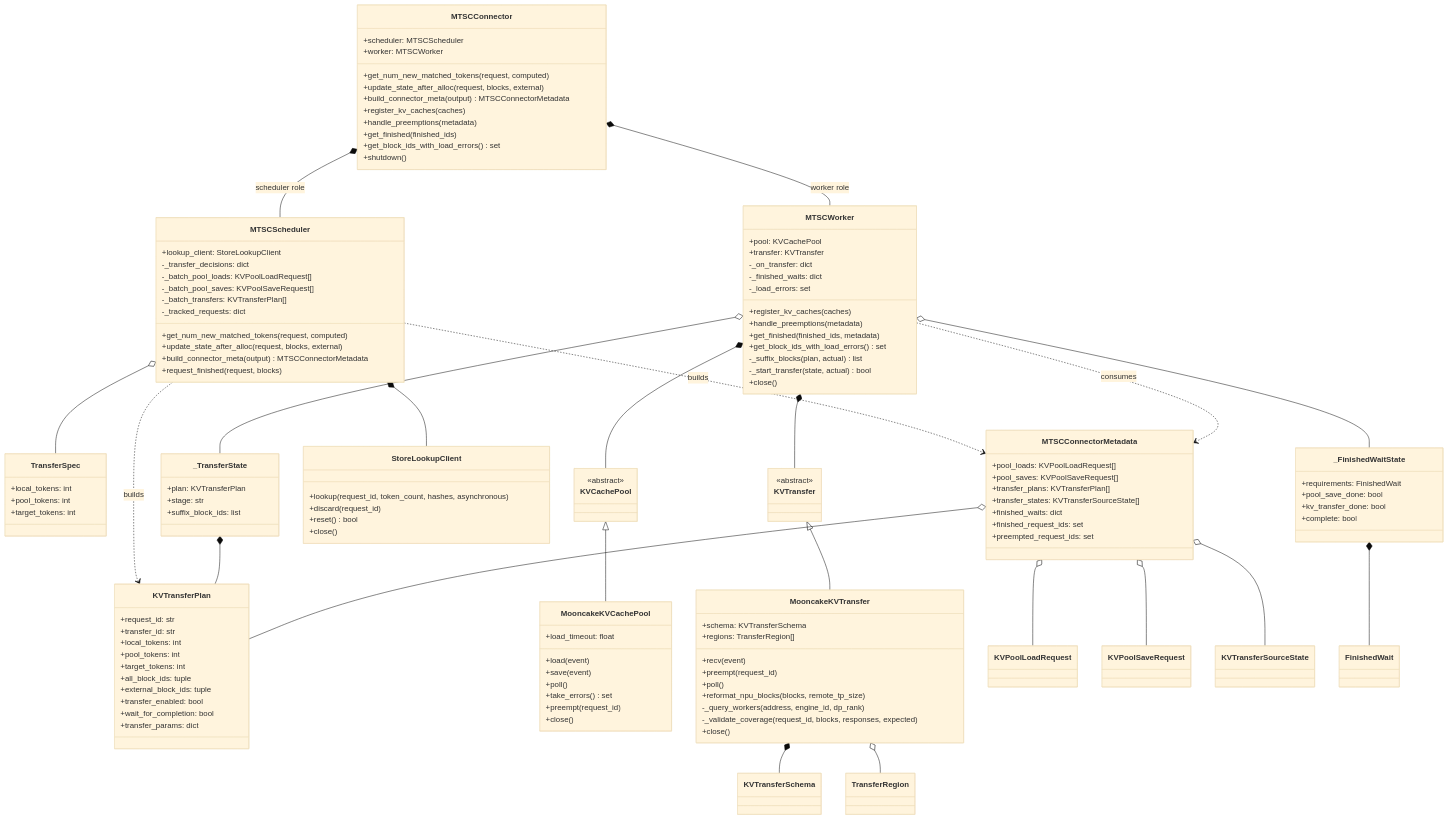
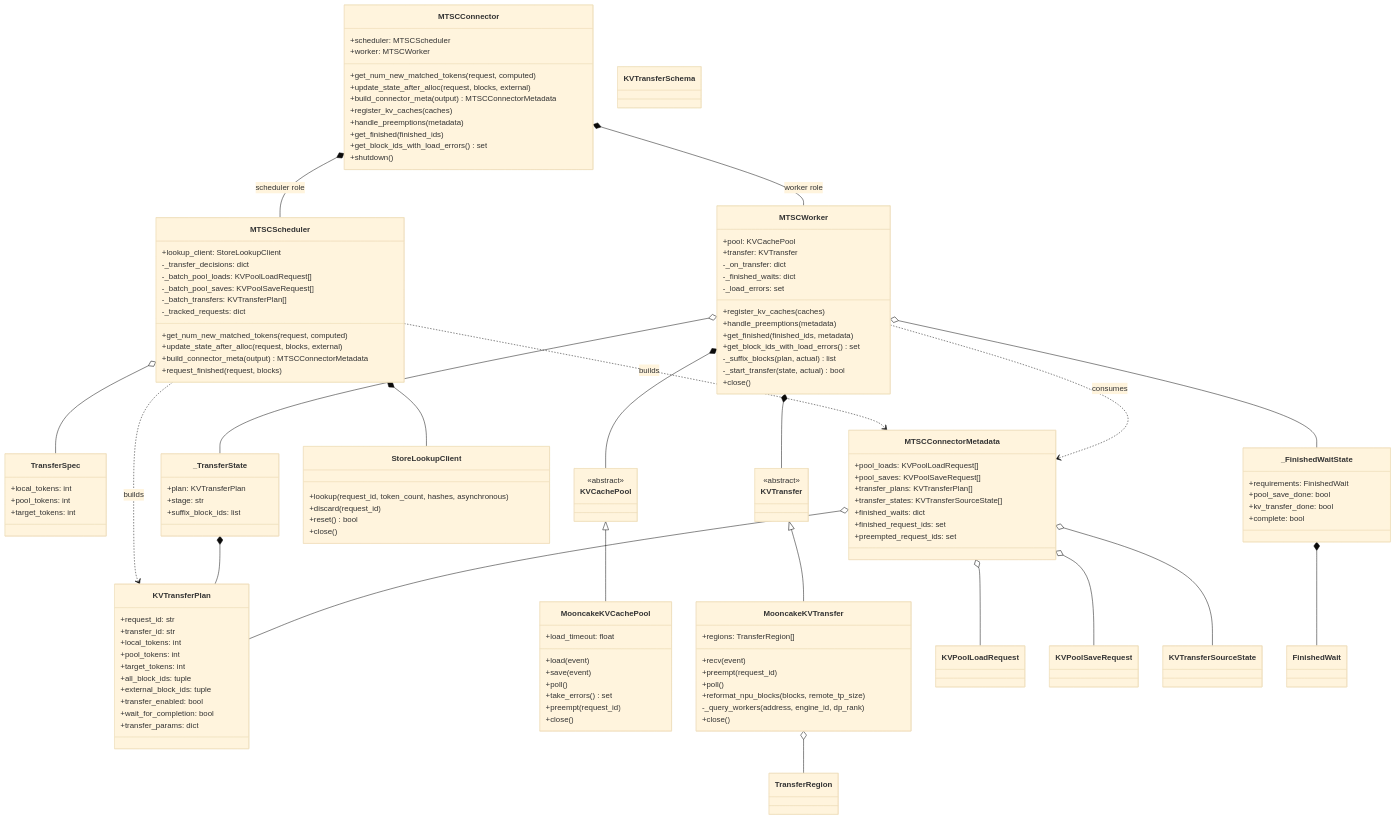
The second of 6 diagrams in docs/design/S03-decode设计.md (WangSu-X/MTSC), drawn with Mermaid (base theme) before and after one commit. The commit also changed other lines of this file and 23 other files, not shown here.

````diff
--- a/docs/design/S03-decode设计.md
+++ b/docs/design/S03-decode设计.md
@@ -220,14 +224,12 @@
         +close()
     }
     class MooncakeKVTransfer {
-        +schema: KVTransferSchema
         +regions: TransferRegion[]
         +recv(event)
         +preempt(request_id)
         +poll()
         +reformat_npu_blocks(blocks, remote_tp_size)
         -_query_workers(address, engine_id, dp_rank)
-        -_validate_coverage(request_id, blocks, responses, expected)
         +close()
     }
     class MTSCConnectorMetadata {
@@ -271,6 +273,5 @@
     MTSCConnectorMetadata o-- KVPoolSaveRequest
     MTSCConnectorMetadata o-- KVTransferPlan
     MTSCConnectorMetadata o-- KVTransferSourceState
-    MooncakeKVTransfer *-- KVTransferSchema
     MooncakeKVTransfer o-- TransferRegion
 ```
````
